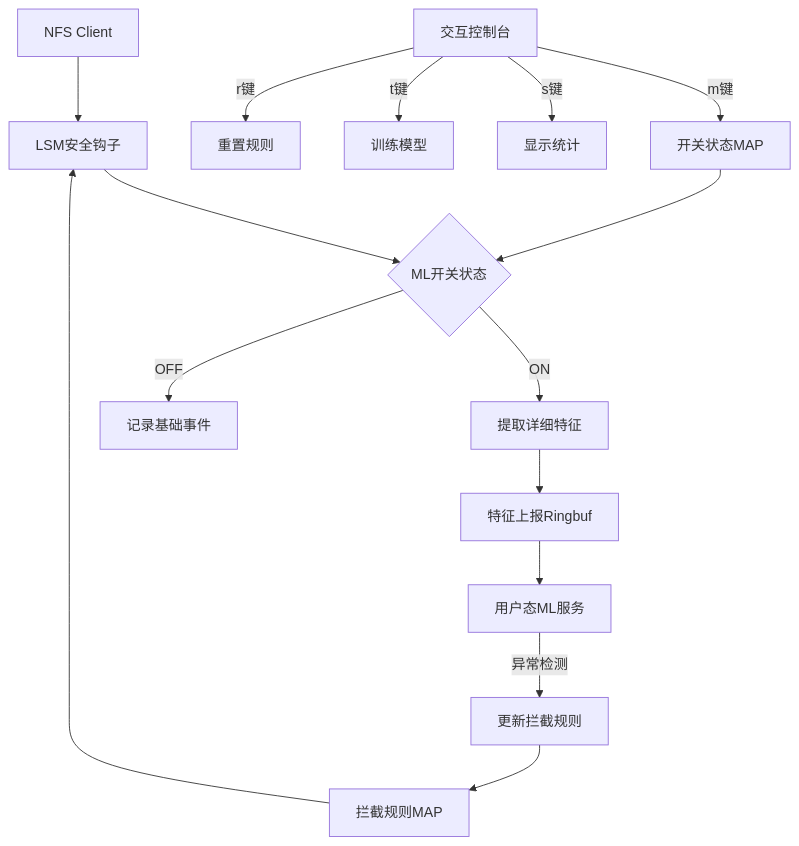
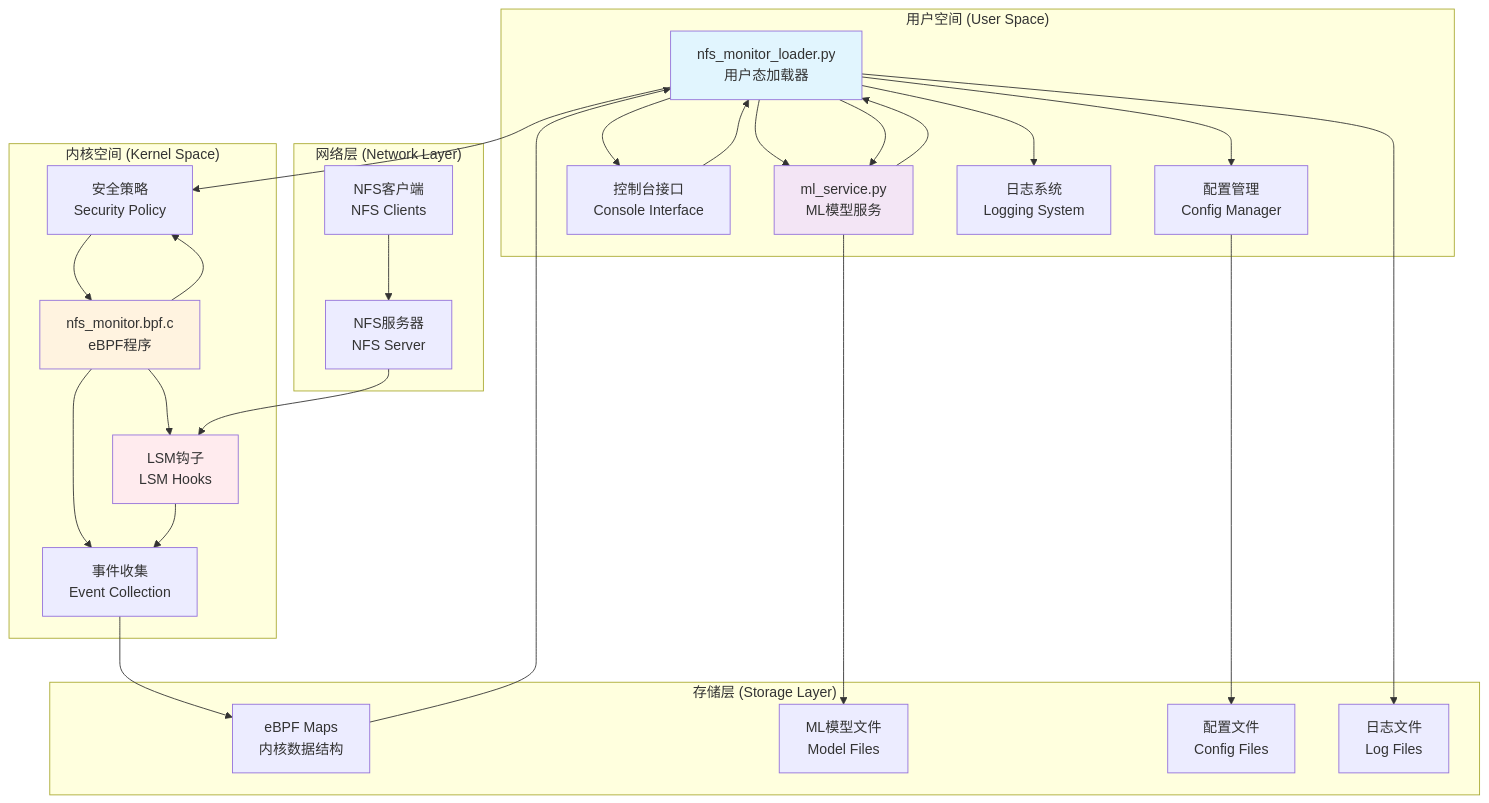
One commit to highermathematics/eBPF_and_NFS changed the first of 2 diagrams in nfs_lsm_framework.md. Above: the diagram before and after it, drawn with Mermaid. The commit also changed other lines of this file, not shown here.

````diff
--- a/nfs_lsm_framework.md
+++ b/nfs_lsm_framework.md
@@ -3,17 +2,49 @@
 ```mermaid
-graph TD
-    A[NFS Client] --> B[LSM安全钩子]
-    B --> C{ML开关状态}
-    C -->|ON| D[提取详细特征]
-    C -->|OFF| E[记录基础事件]
-    D --> F[特征上报Ringbuf]
-    F --> G[用户态ML服务]
-    G -->|异常检测| H[更新拦截规则]
-    H --> I[拦截规则MAP]
-    I --> B
-    J[交互控制台] -->|m键| K[开关状态MAP]
-    K --> C
-    J -->|s键| L[显示统计]
-    J -->|t键| M[训练模型]
-    J -->|r键| N[重置规则]
+graph TB
+    subgraph "用户空间 (User Space)"
+        A[nfs_monitor_loader.py<br/>用户态加载器] --> B[ml_service.py<br/>ML模型服务]
+        A --> C[控制台接口<br/>Console Interface]
+        A --> D[配置管理<br/>Config Manager]
+        A --> E[日志系统<br/>Logging System]
+    end
+    
+    subgraph "内核空间 (Kernel Space)"
+        F[nfs_monitor.bpf.c<br/>eBPF程序] --> G[LSM钩子<br/>LSM Hooks]
+        F --> H[事件收集<br/>Event Collection]
+        F --> I[安全策略<br/>Security Policy]
+    end
+    
+    subgraph "存储层 (Storage Layer)"
+        J[eBPF Maps<br/>内核数据结构]
+        K[ML模型文件<br/>Model Files]
+        L[配置文件<br/>Config Files]
+        M[日志文件<br/>Log Files]
+    end
+    
+    subgraph "网络层 (Network Layer)"
+        N[NFS客户端<br/>NFS Clients]
+        O[NFS服务器<br/>NFS Server]
+    end
+    
+    %% 数据流连接
+    N --> O
+    O --> G
+    G --> H
+    H --> J
+    J --> A
+    A --> B
+    B --> K
+    A --> M
+    D --> L
+    
+    %% 控制流连接
+    C --> A
+    A --> I
+    I --> F
+    B --> A
+    
+    style A fill:#e1f5fe
+    style B fill:#f3e5f5
+    style F fill:#fff3e0
+    style G fill:#ffebee
 ```
````
